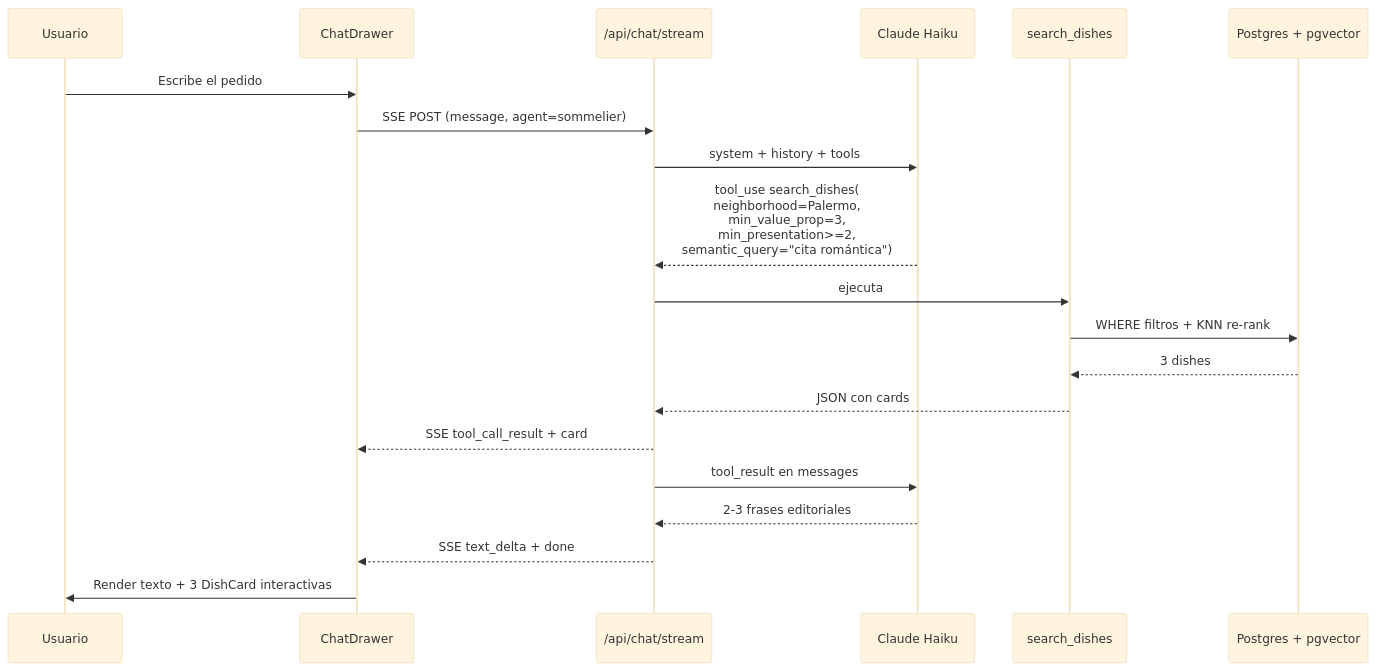
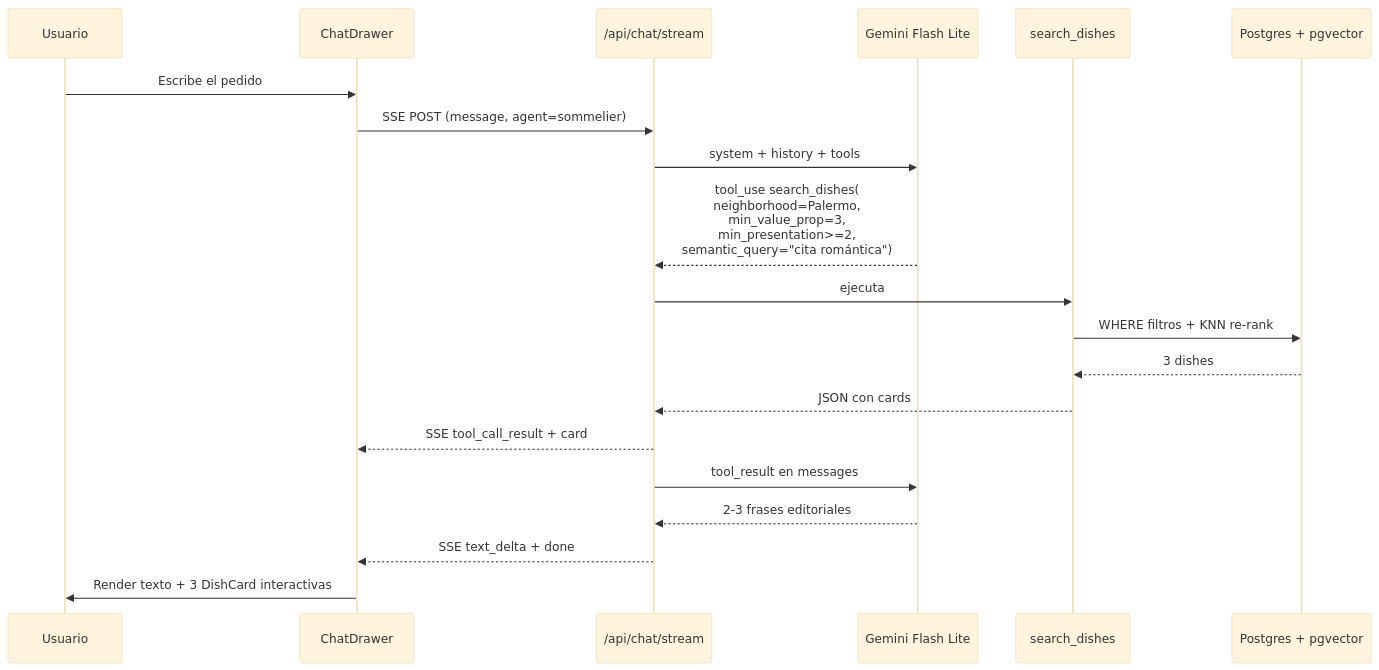
Before and after one commit to lagomoura/criticomida_production: the first of 7 diagrams in docs/chatbot.md, drawn with Mermaid (base theme). The commit also changed other lines of this file and 1 other file, not shown here.

````diff
--- a/docs/chatbot.md
+++ b/docs/chatbot.md
@@ -1018,22 +1022,22 @@
 ```mermaid
 sequenceDiagram
     participant U as Usuario
     participant FE as ChatDrawer
     participant API as /api/chat/stream
-    participant LLM as Claude Haiku
+    participant LLM as Gemini Flash Lite
     participant T as search_dishes
     participant DB as Postgres + pgvector
     U->>FE: Escribe el pedido
     FE->>API: SSE POST (message, agent=sommelier)
     API->>LLM: system + history + tools
     LLM-->>API: tool_use search_dishes(<br/>neighborhood=Palermo,<br/>min_value_prop=3,<br/>min_presentation>=2,<br/>semantic_query="cita romántica")
     API->>T: ejecuta
     T->>DB: WHERE filtros + KNN re-rank
     DB-->>T: 3 dishes
     T-->>API: JSON con cards
     API-->>FE: SSE tool_call_result + card
     API->>LLM: tool_result en messages
     LLM-->>API: 2-3 frases editoriales
     API-->>FE: SSE text_delta + done
     FE->>U: Render texto + 3 DishCard interactivas
 ```
````
